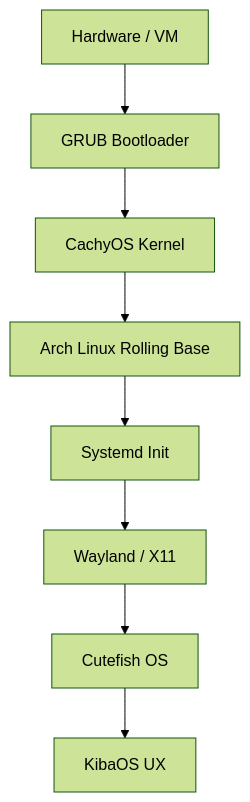
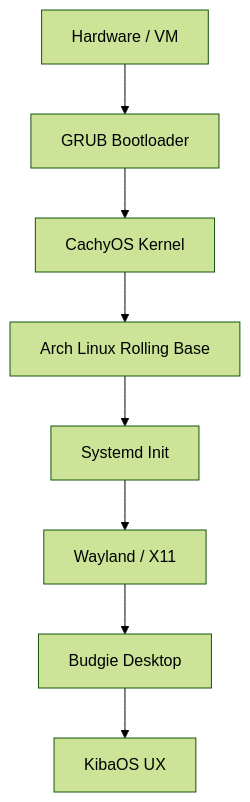
One commit to WolfTech-Innovations/Kiba changed the diagram in docs/architecture.md. Above: the diagram before and after it, drawn with Mermaid (forest theme). The commit also changed other lines of this file and 10 other files, not shown here.

````diff
--- a/docs/architecture.md
+++ b/docs/architecture.md
@@ -41,10 +41,10 @@
 ```mermaid
 graph TD
     A[Hardware / VM] --> B[GRUB Bootloader]
     B --> C[CachyOS Kernel]
     C --> D[Arch Linux Rolling Base]
     D --> E[Systemd Init]
     E --> F[Wayland / X11]
-    F --> G[Cutefish OS]
+    F --> G[Budgie Desktop]
     G --> H[KibaOS UX]
 ```
````
